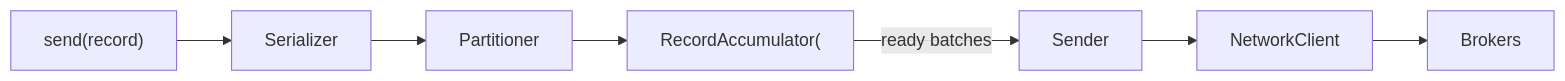
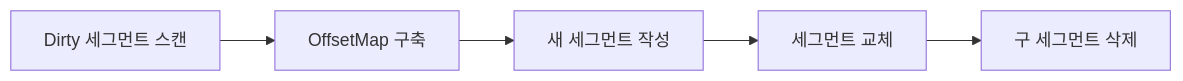
One commit to yjkim2015/yjkim2015.github.io changed the fourth of 11 diagrams in _posts/kafka/2026-05-01-kafka-internals.md. Above: the diagram before and after it, drawn with Mermaid. The commit also changed other lines of this file and 4 other files, not shown here.

````diff
--- a/_posts/kafka/2026-05-01-kafka-internals.md
+++ b/_posts/kafka/2026-05-01-kafka-internals.md
@@ -18,7 +434,7 @@
 ```mermaid
 graph LR
-    SEND["send(record)"] --> SER["Serializer"] --> PART["Partitioner"]
-    PART --> ACC["RecordAccumulator("]
-    ACC -->|"ready batches"| SENDER["Sender"]
-    SENDER --> NC["NetworkClient"] --> BROKERS["Brokers"]
+    DIRTY["Dirty 세그먼트 스캔"] --> MAP["OffsetMap 구축"]
+    MAP --> WRITE["새 세그먼트 작성"]
+    WRITE --> SWAP["세그먼트 교체"]
+    SWAP --> DEL["구 세그먼트 삭제"]
 ```
````
